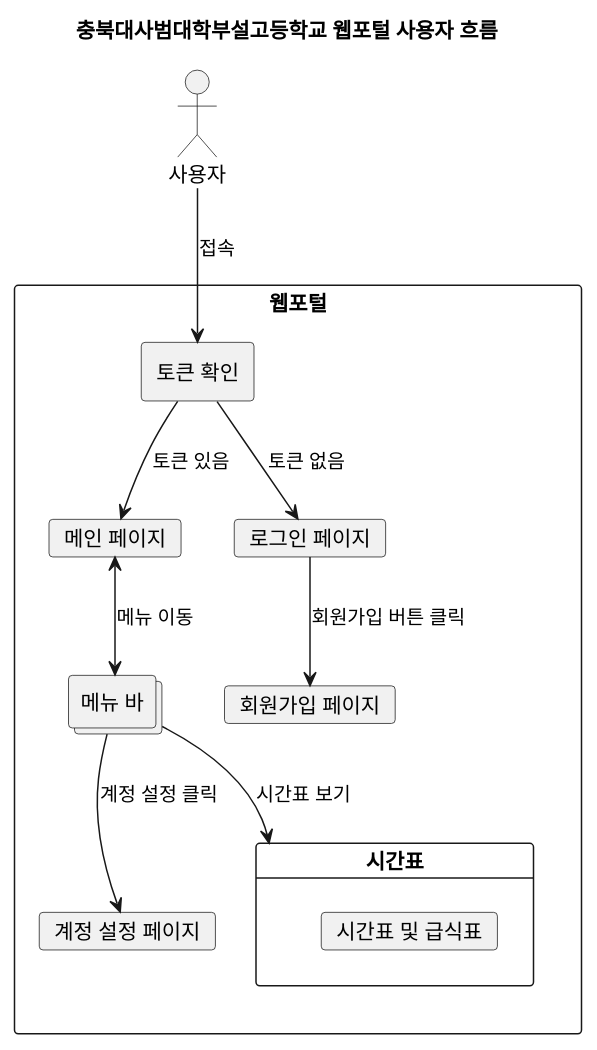
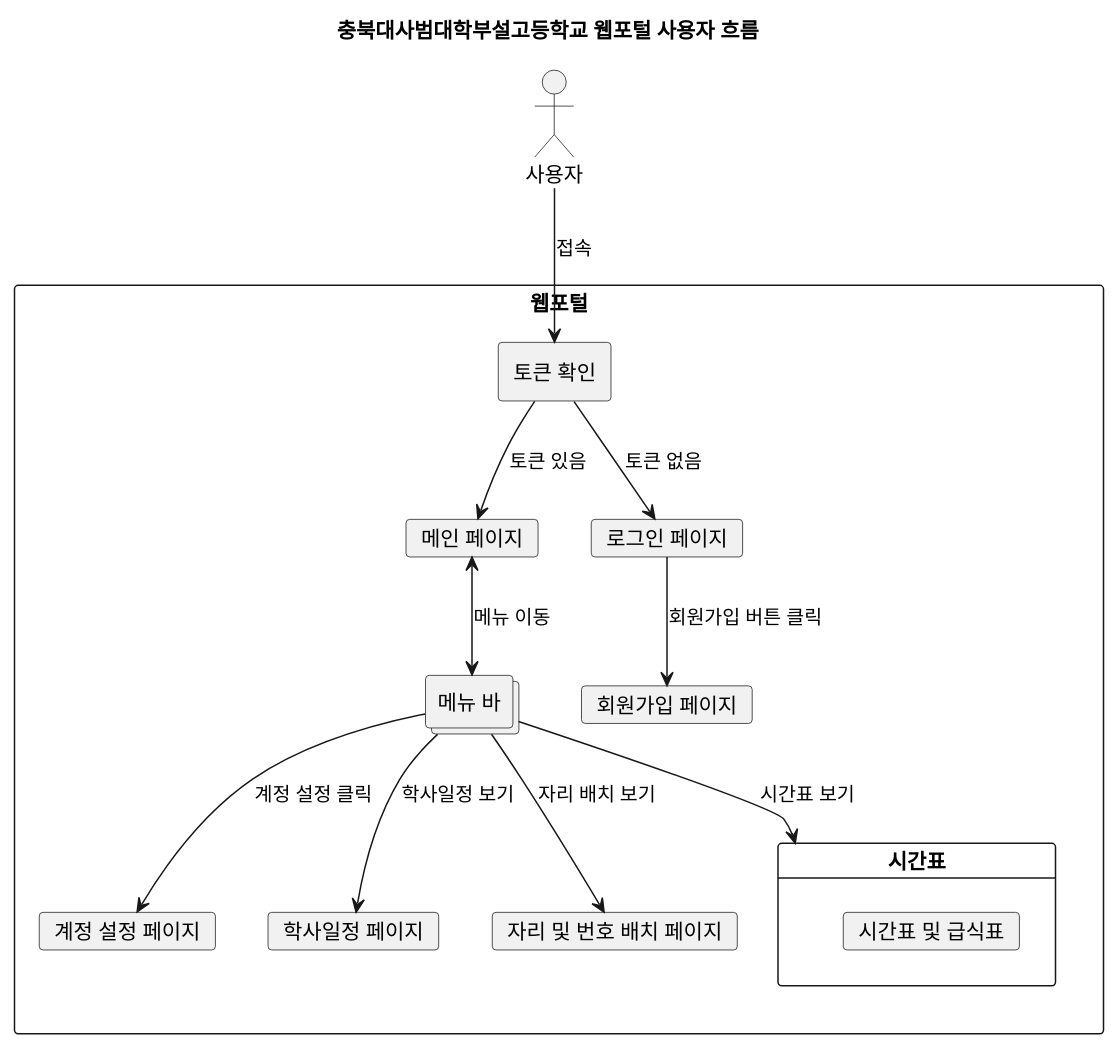
The diagram in diagram/user.puml (brillianintdoh/CNUH_Web_Portal), drawn with PlantUML before and after one commit. The commit also changed 1 other file, not shown here.

Commit message:
다이어그램 페이지 추가

```diff
--- a/diagram/user.puml
+++ b/diagram/user.puml
@@ -1,28 +1,32 @@
 @startuml User
 title 충북대사범대학부설고등학교 웹포털 사용자 흐름
 
 actor "사용자" as user
 
 rectangle "웹포털" {
     card "메인 페이지" as main
     rectangle "토큰 확인" as token_check
     collections "메뉴 바" as menu
     card "로그인 페이지" as login
     card "회원가입 페이지" as register
     card "계정 설정 페이지" as account_settings
     card "시간표" as time_table {
         card "시간표 및 급식표" as subject_abbreviation
     }
+    card "학사일정 페이지" as calendar_page
+    card "자리 및 번호 배치 페이지" as draw_page
 }
 
 user --> token_check : 접속
 
 token_check --> main : 토큰 있음
 token_check --> login : 토큰 없음
 
 login --> register : 회원가입 버튼 클릭
 main <--> menu : 메뉴 이동
 menu --> account_settings : 계정 설정 클릭
 menu --> time_table : 시간표 보기
+menu --> calendar_page : 학사일정 보기
+menu --> draw_page : 자리 배치 보기
 
 @enduml
```
